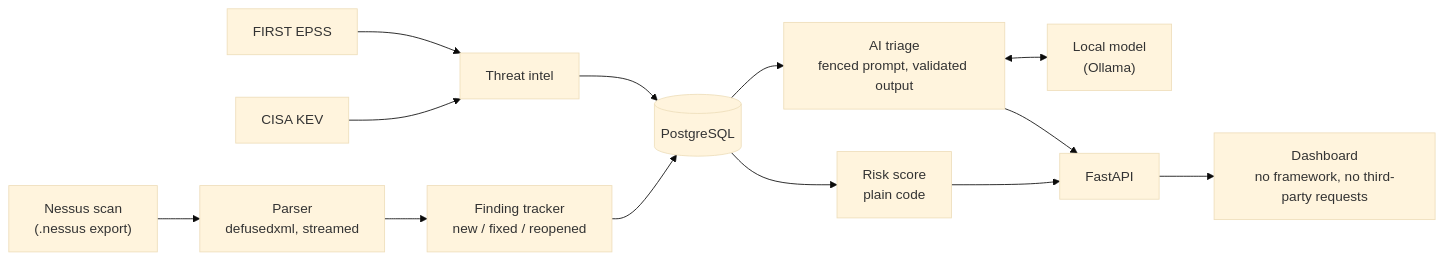
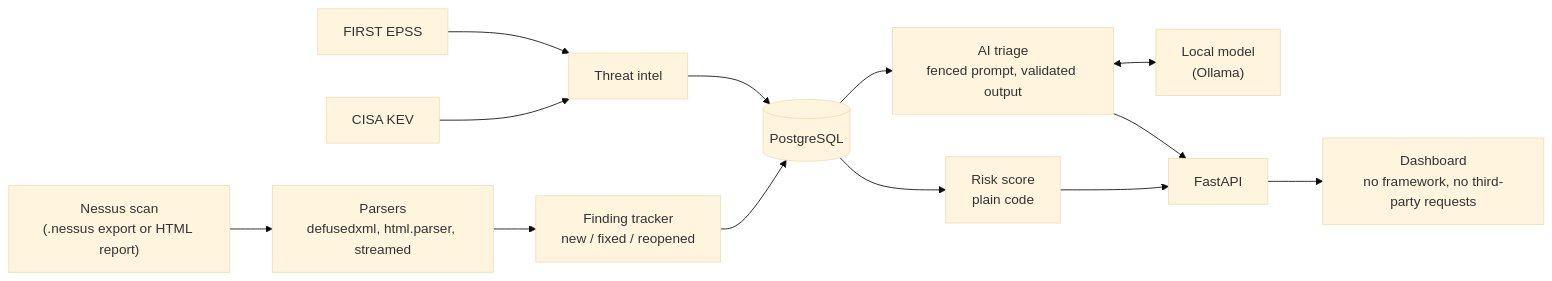
One commit to oskker/homelab-vuln-dashboard changed the diagram in README.md. Above: the diagram before and after it, drawn with Mermaid (base theme). The commit also changed other lines of this file and 9 other files, not shown here.

Commit message:
Add import for Nessus HTML reports

````diff
--- a/README.md
+++ b/README.md
@@ -76,15 +78,15 @@
 ```mermaid
 flowchart LR
-    nessus["Nessus scan<br/>(.nessus export)"] --> parser["Parser<br/>defusedxml, streamed"]
+    nessus["Nessus scan<br/>(.nessus export or HTML report)"] --> parser["Parsers<br/>defusedxml, html.parser, streamed"]
     parser --> tracker["Finding tracker<br/>new / fixed / reopened"]
     tracker --> db[("PostgreSQL")]
     kev["CISA KEV"] --> intel["Threat intel"]
     epss["FIRST EPSS"] --> intel
     intel --> db
     db --> risk["Risk score<br/>plain code"]
     db --> triage["AI triage<br/>fenced prompt, validated output"]
     triage <--> ollama["Local model<br/>(Ollama)"]
     risk --> api["FastAPI"]
     triage --> api
     api --> ui["Dashboard<br/>no framework, no third-party requests"]
 ```
````
